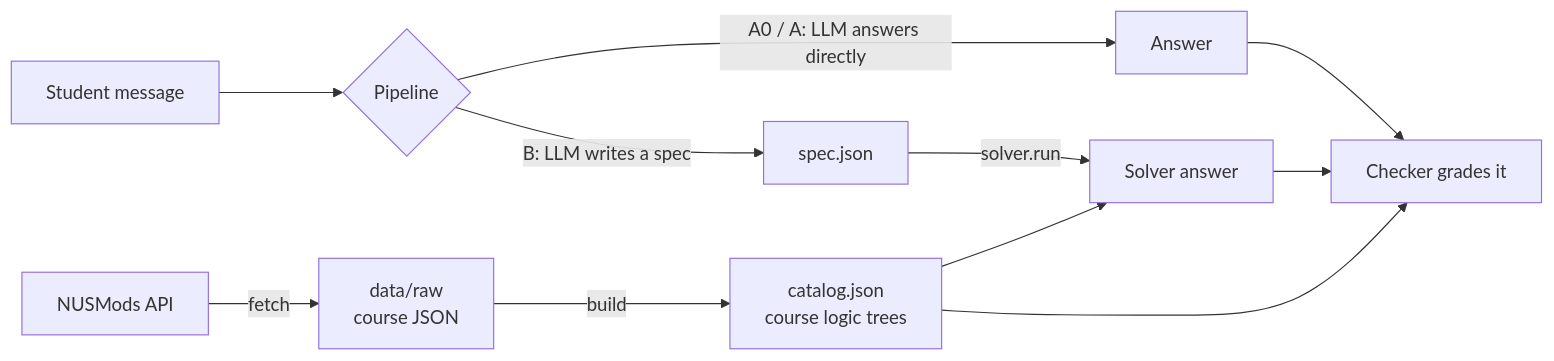
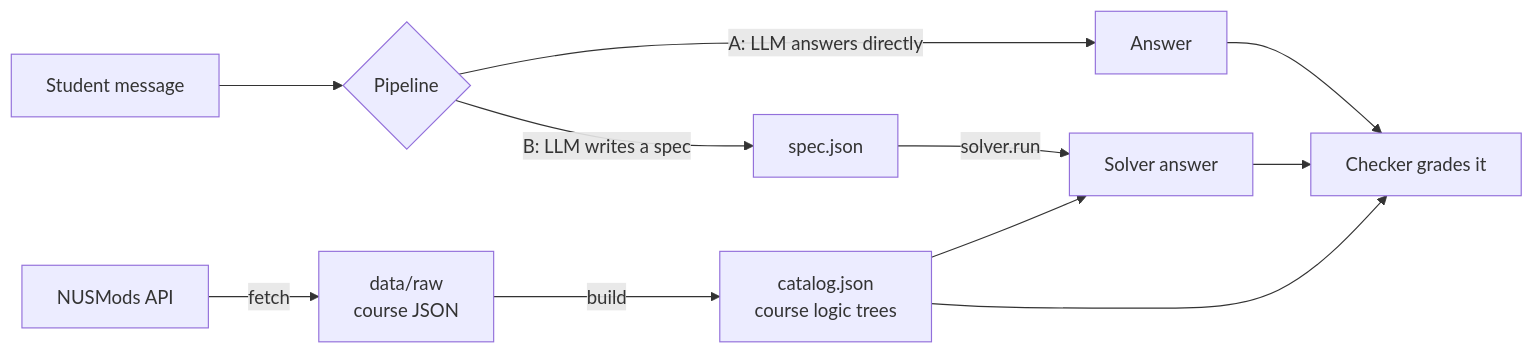
Before and after one commit to ZSYUYIIE/CS3263-grp-project: the first of 2 diagrams in docs/CODE_GUIDE.md, drawn with Mermaid. The commit also changed other lines of this file and 19 other files, not shown here.

````diff
--- a/docs/CODE_GUIDE.md
+++ b/docs/CODE_GUIDE.md
@@ -10,13 +10,13 @@
 ```mermaid
 flowchart LR
     A[NUSMods API] -->|fetch| B[data/raw<br/>course JSON]
     B -->|build| C[catalog.json<br/>course logic trees]
     S[Student message] --> P{Pipeline}
-    P -->|A0 / A: LLM answers directly| X[Answer]
+    P -->|A: LLM answers directly| X[Answer]
     P -->|B: LLM writes a spec| D[spec.json]
     D -->|solver.run| E[Solver answer]
     C --> E
     X --> K[Checker grades it]
     E --> K
     C --> K
 ```
````
